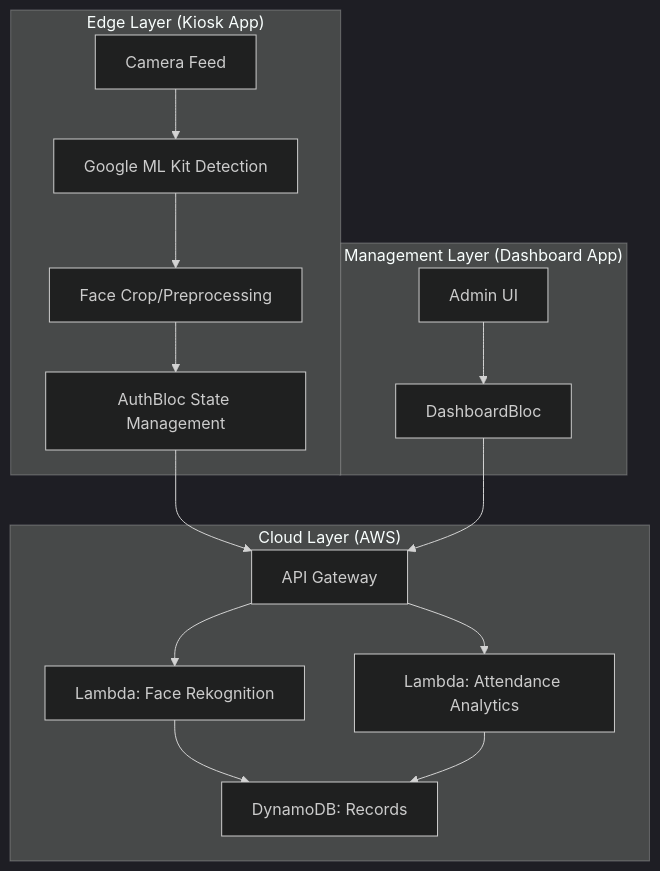
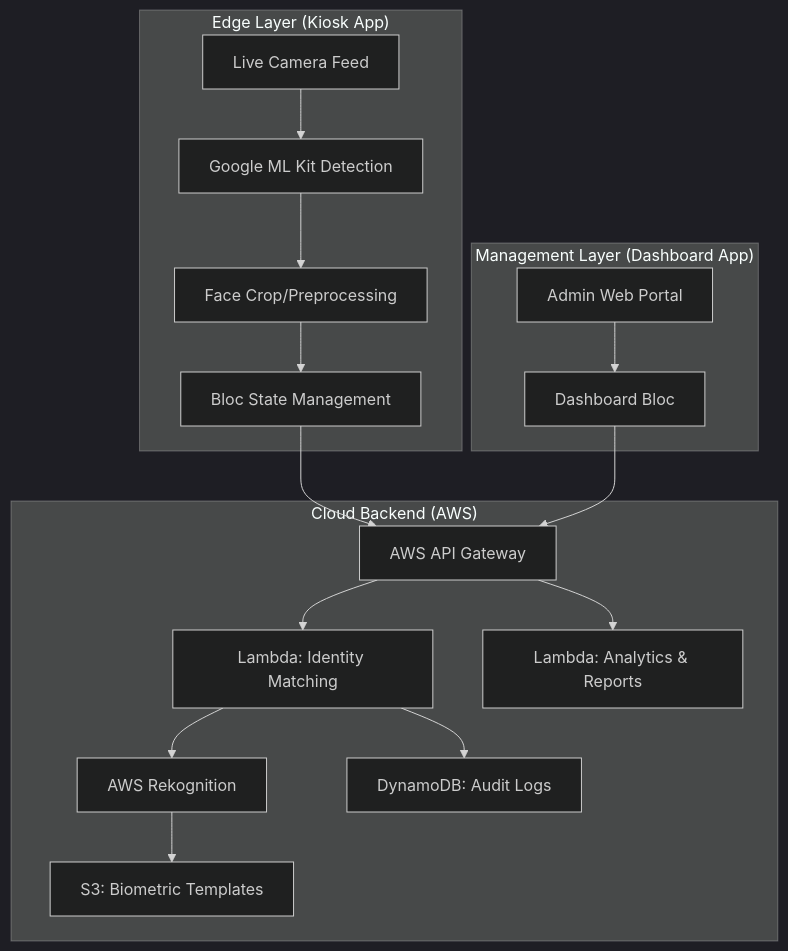
The diagram in README.md (thesakshidiggikar/Attendify-), drawn with Mermaid (dark theme) before and after one commit. The commit also changed other lines of this file and 6 other files, not shown here.

````diff
--- a/README.md
+++ b/README.md
@@ -9,21 +9,22 @@
 ```mermaid
 graph TD
     subgraph "Edge Layer (Kiosk App)"
-        A[Camera Feed] --> B[Google ML Kit Detection]
+        A[Live Camera Feed] --> B[Google ML Kit Detection]
         B --> C[Face Crop/Preprocessing]
-        C --> D[AuthBloc State Management]
+        C --> D[Bloc State Management]
     end
 
-    subgraph "Cloud Layer (AWS)"
-        D --> E[API Gateway]
-        E --> F[Lambda: Face Rekognition]
-        E --> G[Lambda: Attendance Analytics]
-        F --> H[DynamoDB: Records]
-        G --> H
+    subgraph "Cloud Backend (AWS)"
+        D --> E[AWS API Gateway]
+        E --> F[Lambda: Identity Matching]
+        F --> G[AWS Rekognition]
+        E --> H[Lambda: Analytics & Reports]
+        F --> I[DynamoDB: Audit Logs]
+        G --> J[S3: Biometric Templates]
     end
 
     subgraph "Management Layer (Dashboard App)"
-        I[Admin UI] --> J[DashboardBloc]
-        J --> E
+        K[Admin Web Portal] --> L[Dashboard Bloc]
+        L --> E
     end
 ```
````
